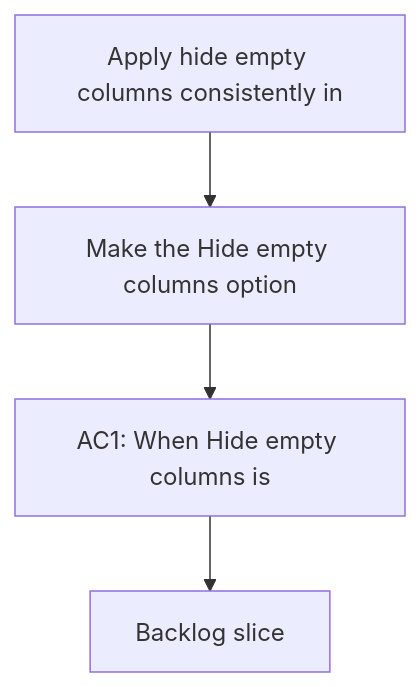
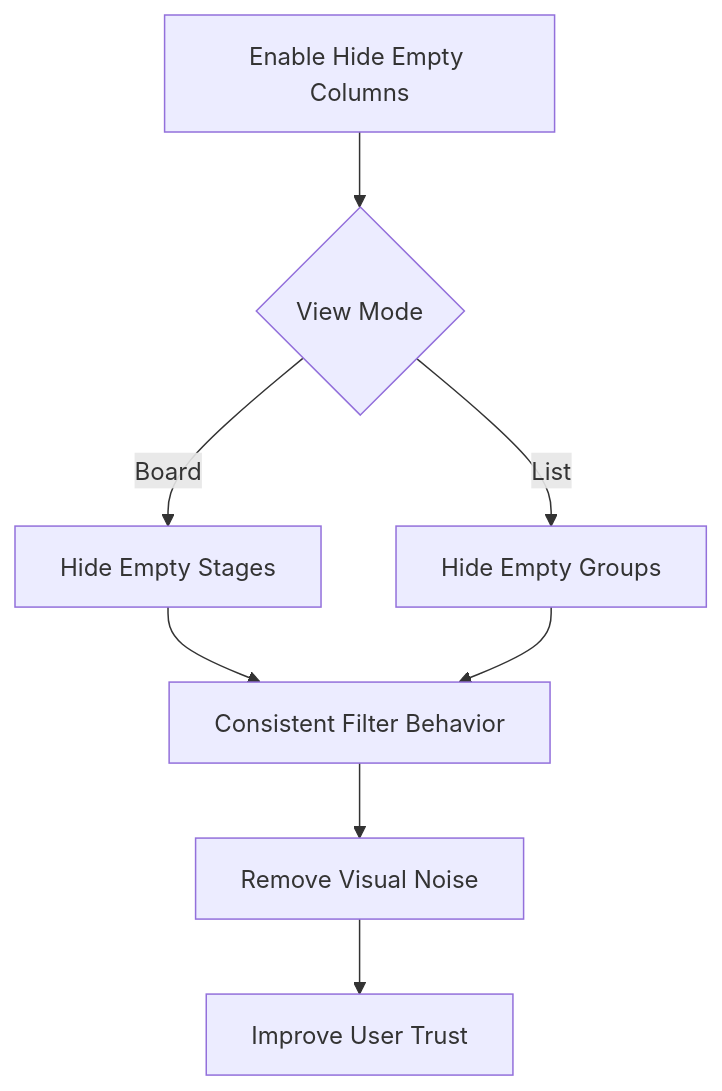
One commit to AlexAgo83/logics-manager changed the diagram in logics/request/req_046_apply_hide_empty_columns_consistently_in_list_mode.md. Above: the diagram before and after it, drawn with Mermaid. The commit also changed other lines of this file and 54 other files, not shown here.

````diff
--- a/logics/request/req_046_apply_hide_empty_columns_consistently_in_list_mode.md
+++ b/logics/request/req_046_apply_hide_empty_columns_consistently_in_list_mode.md
@@ -10,8 +10,12 @@
 ```mermaid
 %% logics-kind: request
 %% logics-signature: request|apply-hide-empty-columns-consistently-in|make-the-hide-empty-columns-option|ac1-when-hide-empty-columns-is
 flowchart TD
-    Trigger[Apply hide empty columns consistently in] --> Need[Make the Hide empty columns option]
-    Need --> Outcome[AC1: When Hide empty columns is]
-    Outcome --> Backlog[Backlog slice]
+    A[Enable Hide Empty Columns] --> B{View Mode}
+    B -->|Board| C[Hide Empty Stages]
+    B -->|List| D[Hide Empty Groups]
+    C --> E[Consistent Filter Behavior]
+    D --> E
+    E --> F[Remove Visual Noise]
+    F --> G[Improve User Trust]
 ```
````
